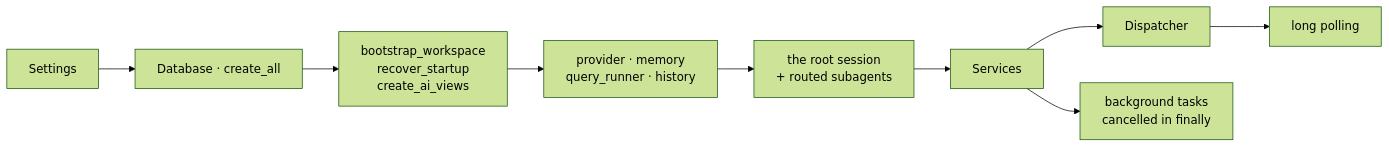
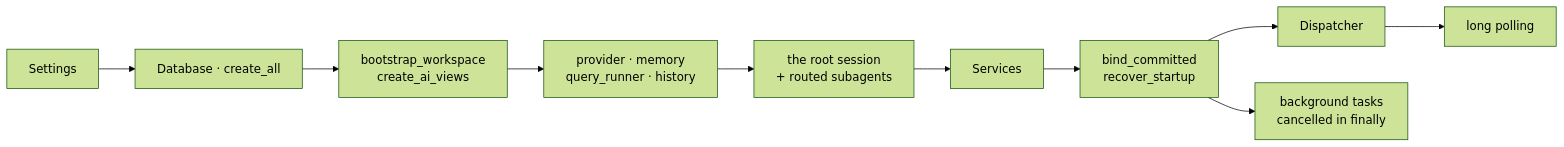
The second of 13 diagrams in docs/AGENT_ARCH.md (myvaheed/tg-ai-safwa), drawn with Mermaid (forest theme) before and after one commit. The commit also changed other lines of this file and 2 other files, not shown here.

Commit message:
v9.69 the architecture documents say what stands after the hook batches: a Sprint's end is a fact its summary hook words, recovery runs once the hooks are bound, and the tick poll is a background loop of its own

````diff
--- a/docs/AGENT_ARCH.md
+++ b/docs/AGENT_ARCH.md
@@ -63,11 +63,12 @@
 ```mermaid
 flowchart LR
     S["Settings"] --> DB["Database · create_all"]
-    DB --> BOOT["bootstrap_workspace<br/>recover_startup<br/>create_ai_views"]
+    DB --> BOOT["bootstrap_workspace<br/>create_ai_views"]
     BOOT --> INFRA["provider · memory<br/>query_runner · history"]
     INFRA --> ADV["the root session<br/>+ routed subagents"]
     ADV --> SV["Services"]
-    SV --> DP["Dispatcher"]
+    SV --> BIND["bind_committed<br/>recover_startup"]
+    BIND --> DP["Dispatcher"]
     DP --> POLL["long polling"]
-    SV --> BG["background tasks<br/>cancelled in finally"]
+    BIND --> BG["background tasks<br/>cancelled in finally"]
 ```
````
